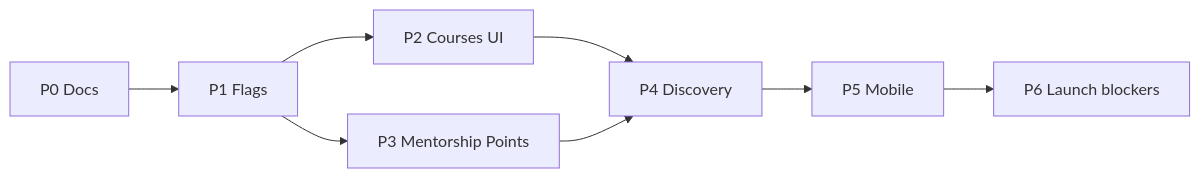
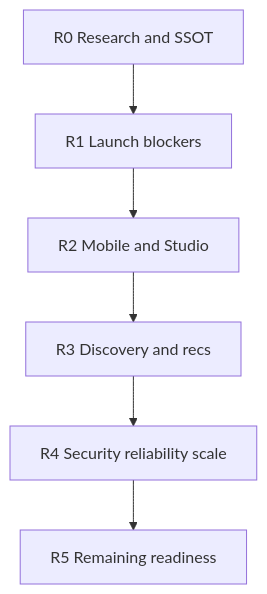
Before and after one commit to Forge-Studios-dev/FORGE: the diagram in docs/FORGE_IMPLEMENTATION_ROADMAP.md, drawn with Mermaid. The commit also changed other lines of this file and 150 other files, not shown here.

````diff
--- a/docs/FORGE_IMPLEMENTATION_ROADMAP.md
+++ b/docs/FORGE_IMPLEMENTATION_ROADMAP.md
@@ -136,10 +15,14 @@
 ```mermaid
-flowchart LR
-  P0[P0 Docs] --> P1[P1 Flags]
-  P1 --> P2[P2 Courses UI]
-  P1 --> P3[P3 Mentorship Points]
-  P2 --> P4[P4 Discovery]
-  P3 --> P4
-  P4 --> P5[P5 Mobile]
-  P5 --> P6[P6 Launch blockers]
+flowchart TB
+  R0[R0 Research and SSOT]
+  R1[R1 Launch blockers]
+  R2[R2 Mobile and Studio]
+  R3[R3 Discovery and recs]
+  R4[R4 Security reliability scale]
+  R5[R5 Remaining readiness]
+  R0 --> R1
+  R1 --> R2
+  R2 --> R3
+  R3 --> R4
+  R4 --> R5
 ```
````
